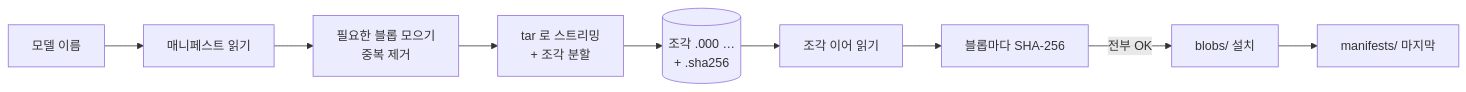
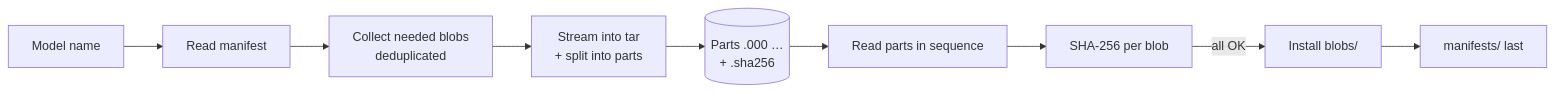
One commit to LeeGyeongPil/ollama-carry changed the diagram in README.md. Above: the diagram before and after it, drawn with Mermaid. The commit also changed other lines of this file and 2 other files, not shown here.

````diff
--- a/README.md
+++ b/README.md
@@ -171,11 +169,11 @@
 ```mermaid
 flowchart LR
-  A[모델 이름] --> B[매니페스트 읽기]
-  B --> C[필요한 블롭 모으기<br/>중복 제거]
-  C --> D[tar 로 스트리밍<br/>+ 조각 분할]
-  D --> E[(조각 .000 … <br/>+ .sha256)]
-  E --> F[조각 이어 읽기]
-  F --> G[블롭마다 SHA-256]
-  G -->|전부 OK| H[blobs/ 설치]
-  H --> I[manifests/ 마지막]
+  A["Model name"] --> B["Read manifest"]
+  B --> C["Collect needed blobs<br/>deduplicated"]
+  C --> D["Stream into tar<br/>+ split into parts"]
+  D --> E[("Parts .000 …<br/>+ .sha256")]
+  E --> F["Read parts in sequence"]
+  F --> G["SHA-256 per blob"]
+  G -->|"all OK"| H["Install blobs/"]
+  H --> I["manifests/ last"]
 ```
````
